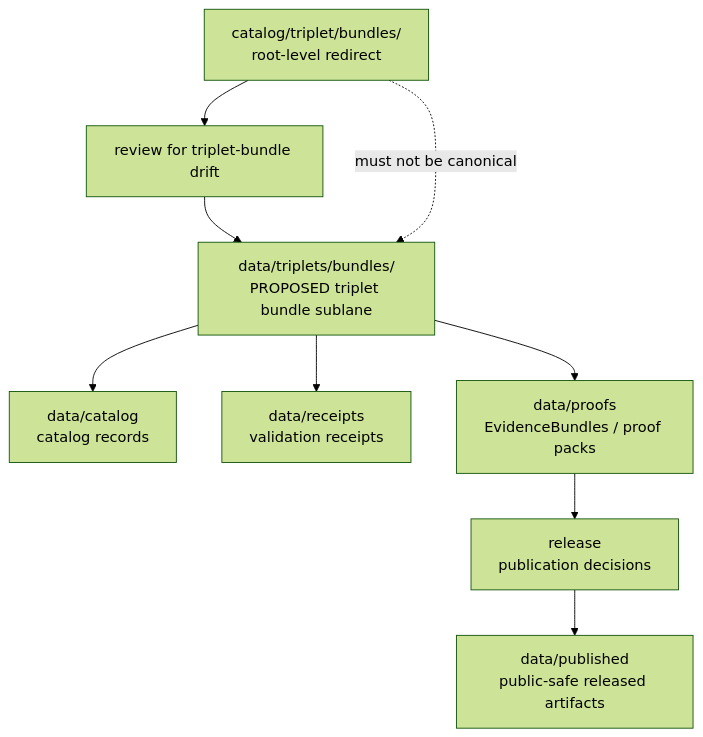
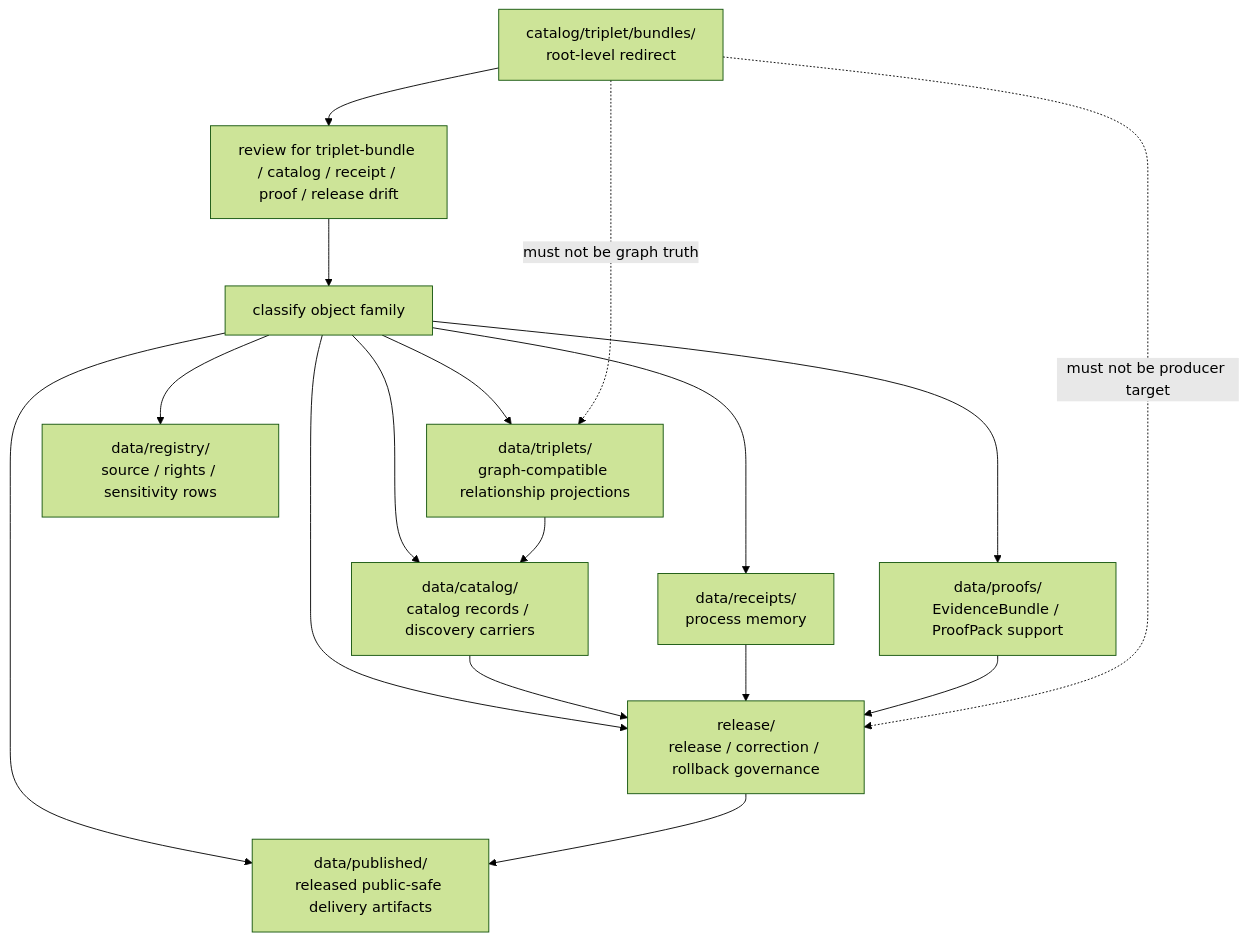
Before and after one commit to bartytime4life/Kansas-Frontier-Matrix: the diagram in catalog/triplet/bundles/README.md, drawn with Mermaid (forest theme). The commit also changed other lines of this file, not shown here.

Commit message:
docs: update catalog triplet bundles redirect readme

````diff
--- a/catalog/triplet/bundles/README.md
+++ b/catalog/triplet/bundles/README.md
@@ -169,11 +339,19 @@
 ```mermaid
 flowchart TD
-    wrong["catalog/triplet/bundles/\nroot-level redirect"] --> review["review for triplet-bundle drift"]
-    review --> triplets["data/triplets/bundles/\nPROPOSED triplet bundle sublane"]
-    triplets --> catalog["data/catalog\ncatalog records"]
-    triplets --> receipts["data/receipts\nvalidation receipts"]
-    triplets --> proofs["data/proofs\nEvidenceBundles / proof packs"]
-    proofs --> release["release\npublication decisions"]
-    release --> published["data/published\npublic-safe released artifacts"]
-    wrong -. "must not be canonical" .-> triplets
+    wrong["catalog/triplet/bundles/\nroot-level redirect"] --> review["review for triplet-bundle / catalog / receipt / proof / release drift"]
+    review --> classify["classify object family"]
+    classify --> triplets["data/triplets/\ngraph-compatible relationship projections"]
+    classify --> catalog["data/catalog/\ncatalog records / discovery carriers"]
+    classify --> receipts["data/receipts/\nprocess memory"]
+    classify --> proofs["data/proofs/\nEvidenceBundle / ProofPack support"]
+    classify --> release["release/\nrelease / correction / rollback governance"]
+    classify --> published["data/published/\nreleased public-safe delivery artifacts"]
+    classify --> registry["data/registry/\nsource / rights / sensitivity rows"]
+    triplets --> catalog
+    catalog --> release
+    receipts --> release
+    proofs --> release
+    release --> published
+    wrong -. "must not be graph truth" .-> triplets
+    wrong -. "must not be producer target" .-> release
 ```
````
